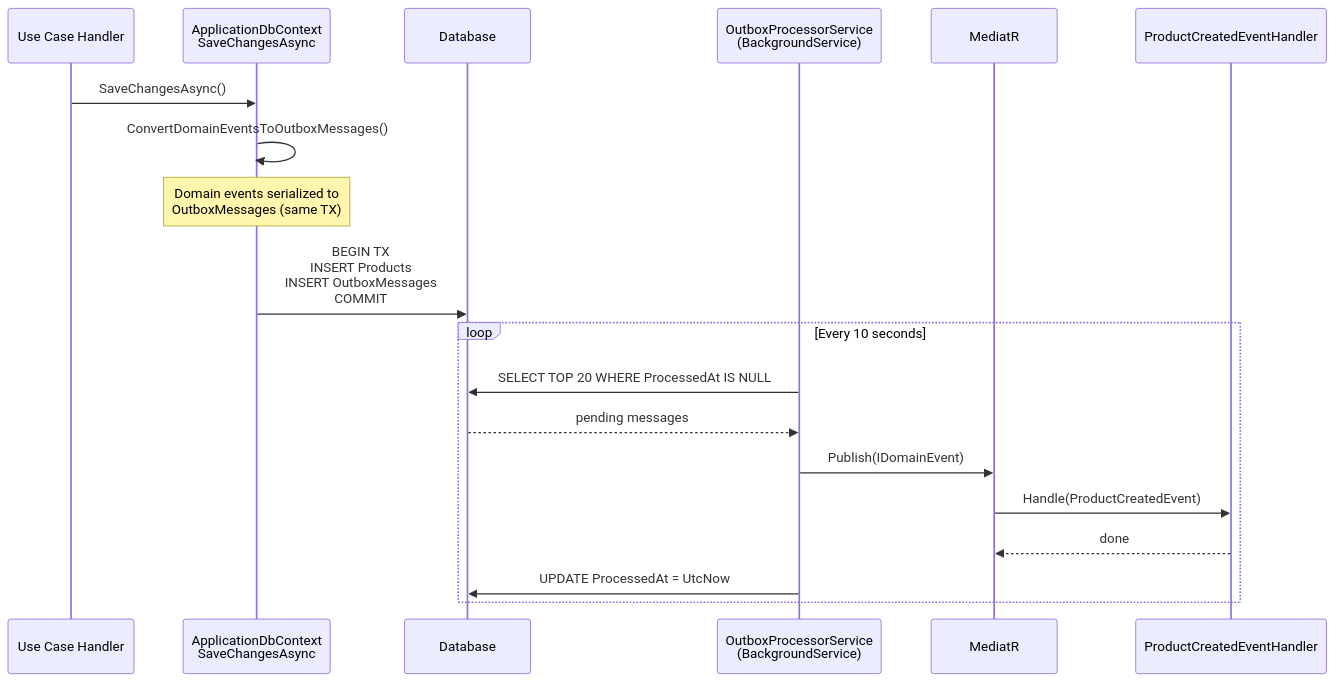
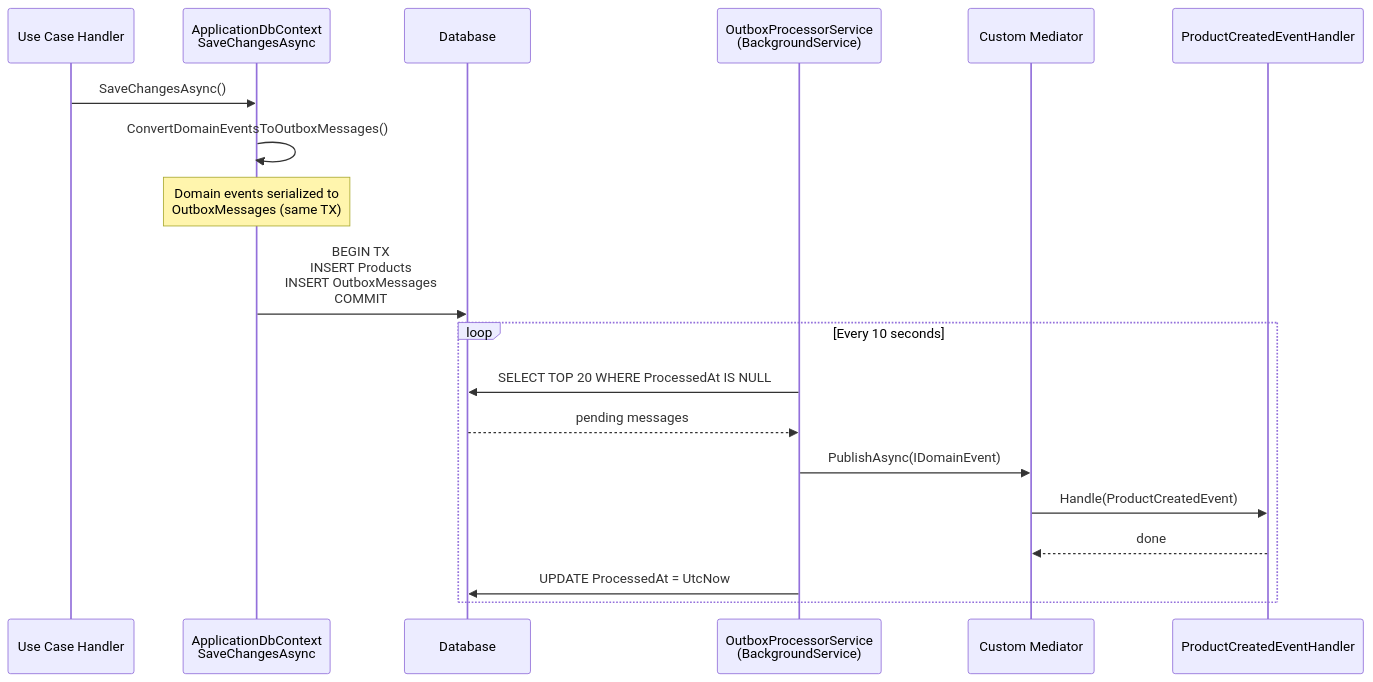
One commit to MateusjsSilva/DotNet.CleanArchitecture changed the sixth of 10 diagrams in README.md. Above: the diagram before and after it, drawn with Mermaid. The commit also changed other lines of this file and 13 other files, not shown here.

````diff
--- a/README.md
+++ b/README.md
@@ -301,23 +302,23 @@
 ```mermaid
 sequenceDiagram
     participant Handler as Use Case Handler
     participant DbCtx as ApplicationDbContext<br/>SaveChangesAsync
     participant DB as Database
     participant Processor as OutboxProcessorService<br/>(BackgroundService)
-    participant MediatR
+    participant Mediator as Custom Mediator
     participant EventHandler as ProductCreatedEventHandler
 
     Handler->>DbCtx: SaveChangesAsync()
     DbCtx->>DbCtx: ConvertDomainEventsToOutboxMessages()
     Note over DbCtx: Domain events serialized to<br/>OutboxMessages (same TX)
     DbCtx->>DB: BEGIN TX<br/>INSERT Products<br/>INSERT OutboxMessages<br/>COMMIT
 
     loop Every 10 seconds
         Processor->>DB: SELECT TOP 20 WHERE ProcessedAt IS NULL
         DB-->>Processor: pending messages
-        Processor->>MediatR: Publish(IDomainEvent)
-        MediatR->>EventHandler: Handle(ProductCreatedEvent)
-        EventHandler-->>MediatR: done
+        Processor->>Mediator: PublishAsync(IDomainEvent)
+        Mediator->>EventHandler: Handle(ProductCreatedEvent)
+        EventHandler-->>Mediator: done
         Processor->>DB: UPDATE ProcessedAt = UtcNow
     end
 ```
````
